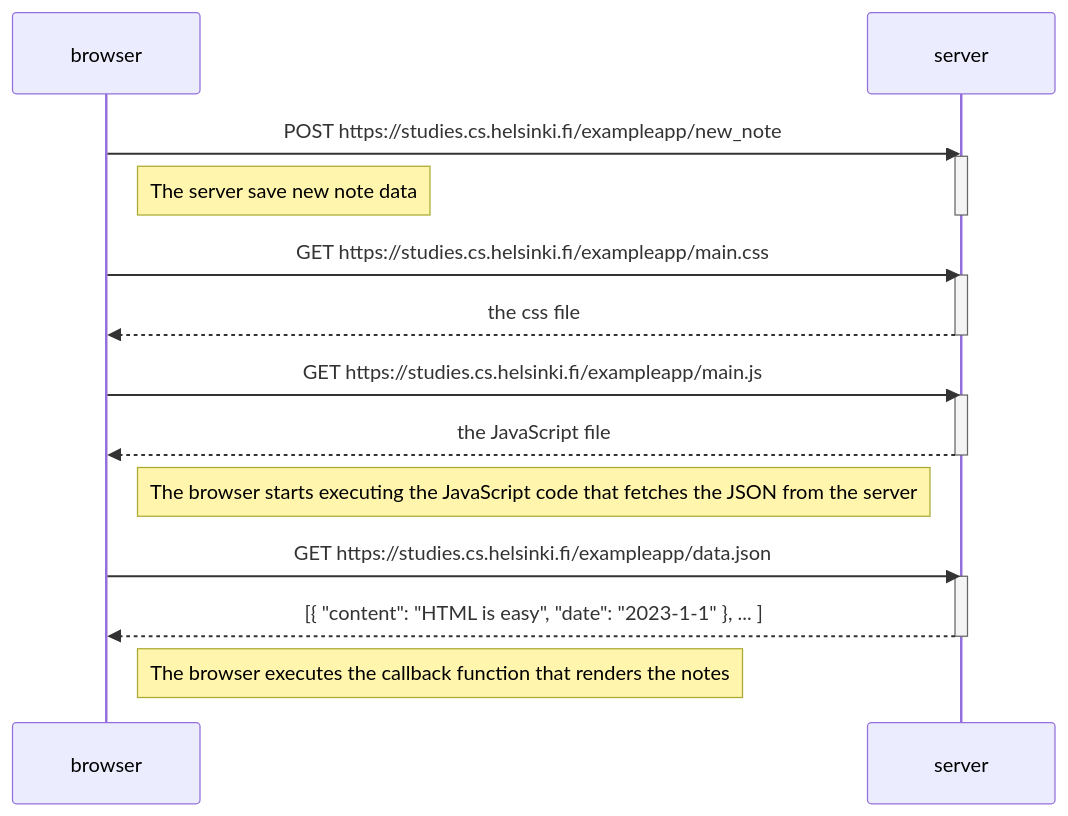
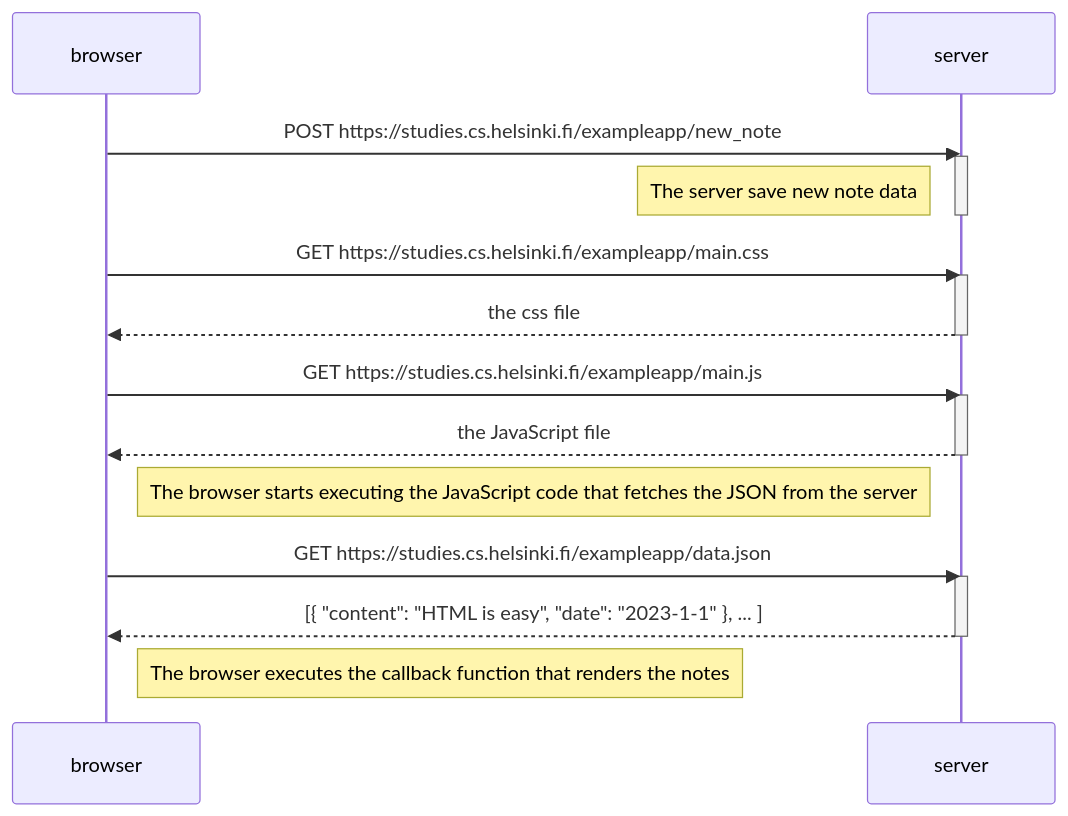
The diagram in part0/0.4_new_note_diagram.mermaid (kevintannn/fs-open-submission), drawn with Mermaid before and after one commit.

```diff
--- a/part0/0.4_new_note_diagram.mermaid
+++ b/part0/0.4_new_note_diagram.mermaid
@@ -1,27 +1,27 @@
 sequenceDiagram
     participant browser
     participant server
 
     browser->>server: POST https://studies.cs.helsinki.fi/exampleapp/new_note
     activate server
-    Note right of browser: The server save new note data
+    Note left of server: The server save new note data
     deactivate server
 
     browser->>server: GET https://studies.cs.helsinki.fi/exampleapp/main.css
     activate server
     server-->>browser: the css file
     deactivate server
 
     browser->>server: GET https://studies.cs.helsinki.fi/exampleapp/main.js
     activate server
     server-->>browser: the JavaScript file
     deactivate server
 
     Note right of browser: The browser starts executing the JavaScript code that fetches the JSON from the server
 
     browser->>server: GET https://studies.cs.helsinki.fi/exampleapp/data.json
     activate server
     server-->>browser: [{ "content": "HTML is easy", "date": "2023-1-1" }, ... ]
     deactivate server
 
     Note right of browser: The browser executes the callback function that renders the notes
```
